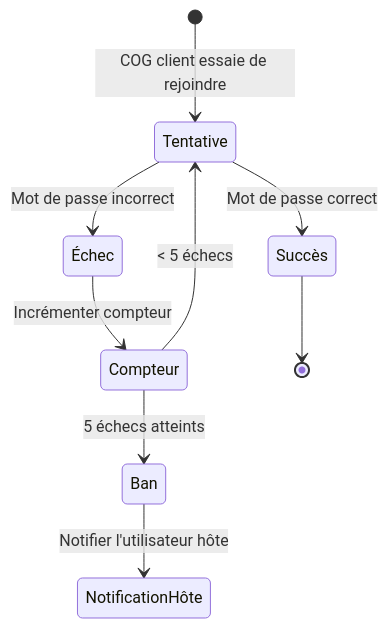
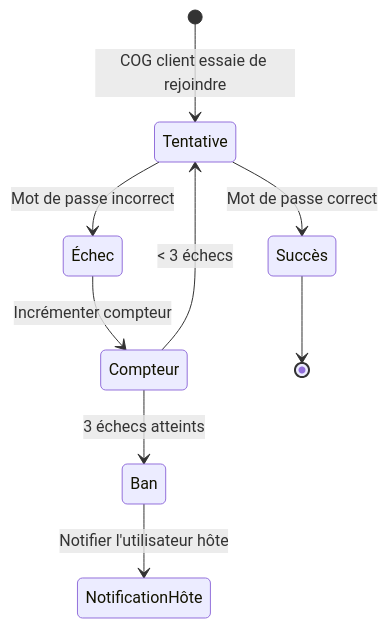
Before and after one commit to StudioMiyukini/miyukini_cog: the second of 5 diagrams in docs/miyukini-webway-system/lobbys/MWS - Lobbys Favoris et Amis.md, drawn with Mermaid. The commit also changed other lines of this file and 109 other files, not shown here.

````diff
--- a/docs/miyukini-webway-system/lobbys/MWS - Lobbys Favoris et Amis.md
+++ b/docs/miyukini-webway-system/lobbys/MWS - Lobbys Favoris et Amis.md
@@ -84,11 +85,11 @@
 ```mermaid
 stateDiagram-v2
     [*] --> Tentative: COG client essaie de rejoindre
     Tentative --> Échec: Mot de passe incorrect
     Échec --> Compteur: Incrémenter compteur
-    Compteur --> Tentative: < 5 échecs
-    Compteur --> Ban: 5 échecs atteints
+    Compteur --> Tentative: < 3 échecs
+    Compteur --> Ban: 3 échecs atteints
     Ban --> NotificationHôte: Notifier l'utilisateur hôte
     Tentative --> Succès: Mot de passe correct
     Succès --> [*]
 ```
````
